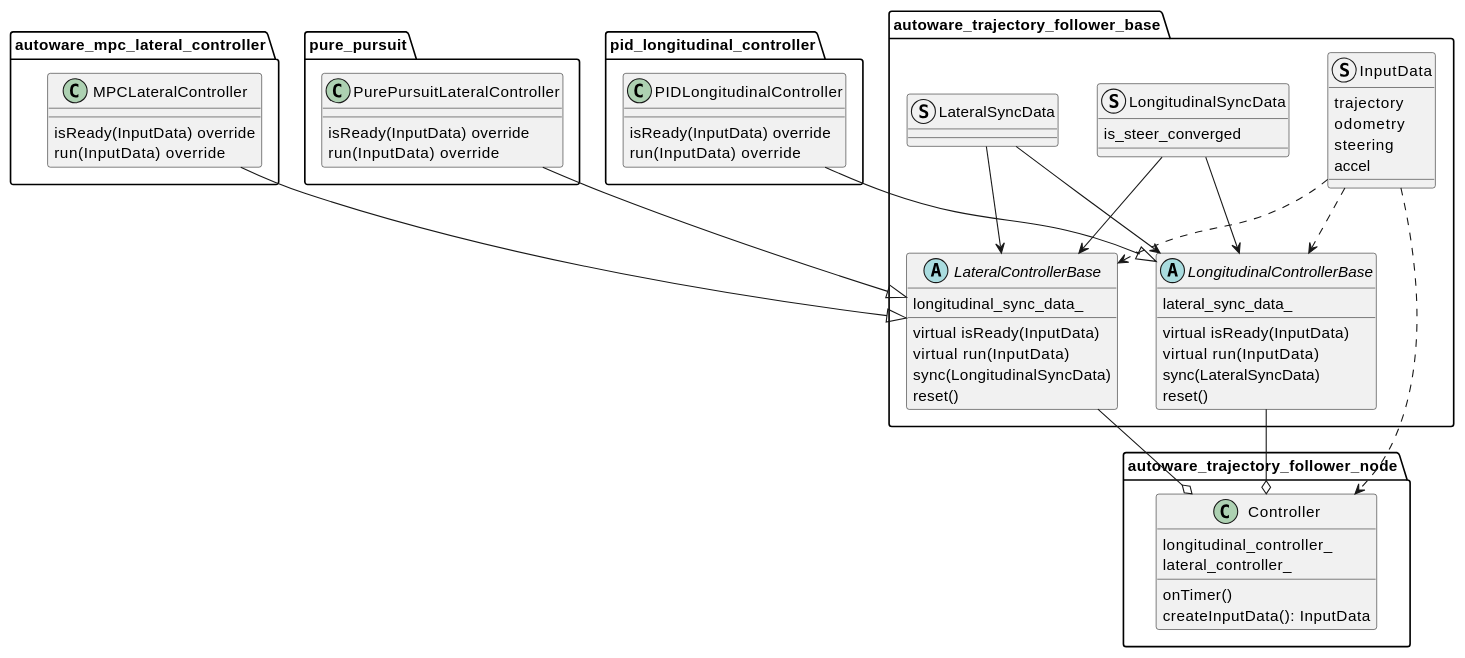
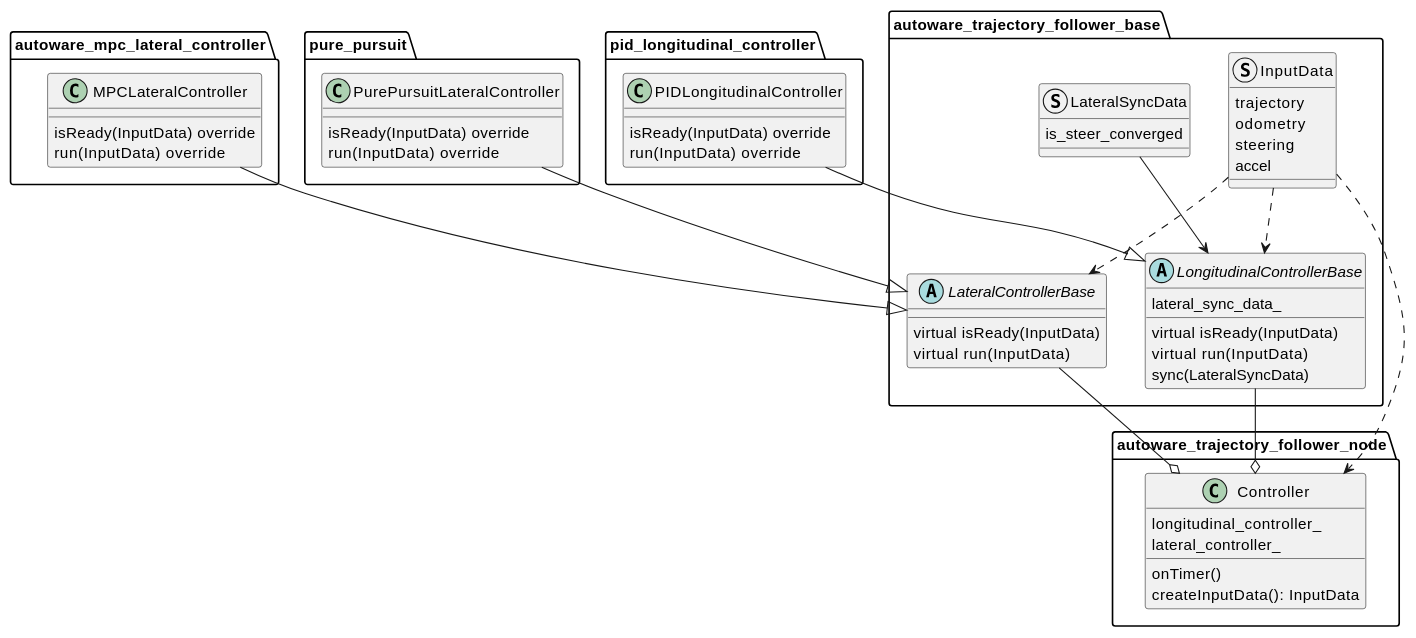
One commit to autowarefoundation/autoware.universe changed the diagram in control/autoware_trajectory_follower_node/README.md. Above: the diagram before and after it, drawn with PlantUML. The commit also changed other lines of this file and 9 other files, not shown here.

First line of the commit message:
refactor(autoware_trajectory_follower_base): remove unused sync data (#13528)

````diff
--- a/control/autoware_trajectory_follower_node/README.md
+++ b/control/autoware_trajectory_follower_node/README.md
@@ -13,79 +13,70 @@
 ```plantuml
 @startuml
 package autoware_trajectory_follower_base {
 abstract class LateralControllerBase {
-longitudinal_sync_data_
 
     virtual isReady(InputData)
     virtual run(InputData)
-    sync(LongitudinalSyncData)
-    reset()
 
 }
 abstract class LongitudinalControllerBase {
 lateral_sync_data_
 
     virtual isReady(InputData)
     virtual run(InputData)
     sync(LateralSyncData)
-    reset()
 
 }
 
 struct InputData {
 trajectory
 odometry
 steering
 accel
 }
-struct LongitudinalSyncData {
+struct LateralSyncData {
 is_steer_converged
-}
-struct LateralSyncData {
 }
 }
 
 package autoware_mpc_lateral_controller {
 class MPCLateralController {
 isReady(InputData) override
 run(InputData) override
 }
 }
 package pure_pursuit {
 class PurePursuitLateralController {
 isReady(InputData) override
 run(InputData) override
 }
 }
 package pid_longitudinal_controller {
 class PIDLongitudinalController {
 isReady(InputData) override
 run(InputData) override
 }
 }
 
 package autoware_trajectory_follower_node {
 class Controller {
 longitudinal_controller_
 lateral_controller_
 onTimer()
 createInputData(): InputData
 }
 }
 
 MPCLateralController --|> LateralControllerBase
 PurePursuitLateralController --|> LateralControllerBase
 PIDLongitudinalController --|> LongitudinalControllerBase
 
 LateralSyncData --> LongitudinalControllerBase
-LateralSyncData --> LateralControllerBase
-LongitudinalSyncData --> LongitudinalControllerBase
-LongitudinalSyncData --> LateralControllerBase
 InputData ..> LateralControllerBase
 InputData ..> LongitudinalControllerBase
 
 LateralControllerBase --o Controller
 LongitudinalControllerBase --o Controller
 InputData ..> Controller
 @enduml
 ```
````
